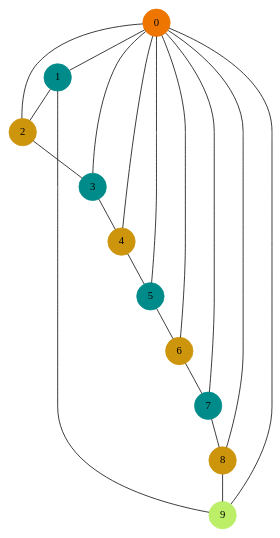
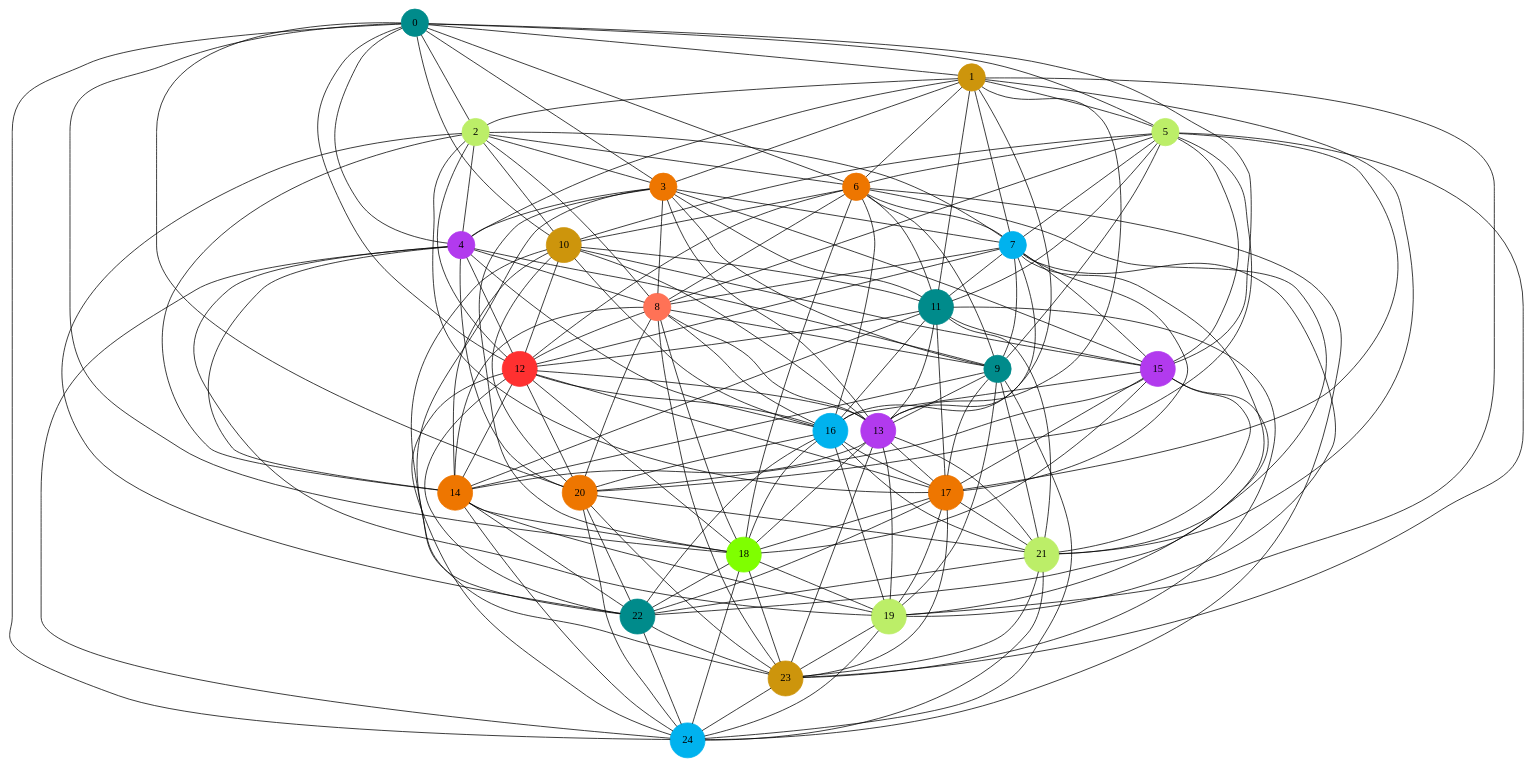
Before and after one commit to LeaChemoul/ColorationGraphesProjet: the diagram in graph/graph_wp_croiss.dot, drawn with Graphviz. The commit also changed 40 other files, not shown here.

```diff
--- a/graph/graph_wp_croiss.dot
+++ b/graph/graph_wp_croiss.dot
@@ -1,30 +1,187 @@
 graph G {
-0 [shape=circle, style=filled, color= darkorange2];
+0 [shape=circle, style=filled, color= cyan4];
+0 -- 6;
+0 -- 12;
+0 -- 18;
+0 -- 24;
 0 -- 1;
 0 -- 2;
 0 -- 3;
 0 -- 4;
 0 -- 5;
-0 -- 6;
-0 -- 7;
-0 -- 8;
-0 -- 9;
-1 [shape=circle, style=filled, color= cyan4];
+0 -- 10;
+0 -- 15;
+0 -- 20;
+1 [shape=circle, style=filled, color= darkgoldenrod3];
+1 -- 7;
+1 -- 13;
+1 -- 19;
+1 -- 5;
 1 -- 2;
-1 -- 9;
-2 [shape=circle, style=filled, color= darkgoldenrod3];
+1 -- 3;
+1 -- 4;
+1 -- 6;
+1 -- 11;
+1 -- 16;
+1 -- 21;
+2 [shape=circle, style=filled, color= darkolivegreen2];
+2 -- 8;
+2 -- 14;
+2 -- 6;
+2 -- 10;
 2 -- 3;
-3 [shape=circle, style=filled, color= cyan4];
+2 -- 4;
+2 -- 7;
+2 -- 12;
+2 -- 17;
+2 -- 22;
+3 [shape=circle, style=filled, color= darkorange2];
+3 -- 9;
+3 -- 7;
+3 -- 11;
+3 -- 15;
 3 -- 4;
-4 [shape=circle, style=filled, color= darkgoldenrod3];
-4 -- 5;
-5 [shape=circle, style=filled, color= cyan4];
+3 -- 8;
+3 -- 13;
+3 -- 18;
+3 -- 23;
+4 [shape=circle, style=filled, color= darkorchid2];
+4 -- 8;
+4 -- 12;
+4 -- 16;
+4 -- 20;
+4 -- 9;
+4 -- 14;
+4 -- 19;
+4 -- 24;
+5 [shape=circle, style=filled, color= darkolivegreen2];
+5 -- 11;
+5 -- 17;
+5 -- 23;
 5 -- 6;
-6 [shape=circle, style=filled, color= darkgoldenrod3];
+5 -- 7;
+5 -- 8;
+5 -- 9;
+5 -- 10;
+5 -- 15;
+5 -- 20;
+6 [shape=circle, style=filled, color= darkorange2];
+6 -- 12;
+6 -- 18;
+6 -- 24;
+6 -- 10;
 6 -- 7;
-7 [shape=circle, style=filled, color= cyan4];
+6 -- 8;
+6 -- 9;
+6 -- 11;
+6 -- 16;
+6 -- 21;
+7 [shape=circle, style=filled, color= deepskyblue2];
+7 -- 13;
+7 -- 19;
+7 -- 11;
+7 -- 15;
 7 -- 8;
-8 [shape=circle, style=filled, color= darkgoldenrod3];
+7 -- 9;
+7 -- 12;
+7 -- 17;
+7 -- 22;
+8 [shape=circle, style=filled, color= coral1];
+8 -- 14;
+8 -- 12;
+8 -- 16;
+8 -- 20;
 8 -- 9;
-9 [shape=circle, style=filled, color= darkolivegreen2];
+8 -- 13;
+8 -- 18;
+8 -- 23;
+9 [shape=circle, style=filled, color= cyan4];
+9 -- 13;
+9 -- 17;
+9 -- 21;
+9 -- 14;
+9 -- 19;
+9 -- 24;
+10 [shape=circle, style=filled, color= darkgoldenrod3];
+10 -- 16;
+10 -- 22;
+10 -- 11;
+10 -- 12;
+10 -- 13;
+10 -- 14;
+10 -- 15;
+10 -- 20;
+11 [shape=circle, style=filled, color= cyan4];
+11 -- 17;
+11 -- 23;
+11 -- 15;
+11 -- 12;
+11 -- 13;
+11 -- 14;
+11 -- 16;
+11 -- 21;
+12 [shape=circle, style=filled, color= firebrick1];
+12 -- 18;
+12 -- 24;
+12 -- 16;
+12 -- 20;
+12 -- 13;
+12 -- 14;
+12 -- 17;
+12 -- 22;
+13 [shape=circle, style=filled, color= darkorchid2];
+13 -- 19;
+13 -- 17;
+13 -- 21;
+13 -- 14;
+13 -- 18;
+13 -- 23;
+14 [shape=circle, style=filled, color= darkorange2];
+14 -- 18;
+14 -- 22;
+14 -- 19;
+14 -- 24;
+15 [shape=circle, style=filled, color= darkorchid2];
+15 -- 21;
+15 -- 16;
+15 -- 17;
+15 -- 18;
+15 -- 19;
+15 -- 20;
+16 [shape=circle, style=filled, color= deepskyblue2];
+16 -- 22;
+16 -- 20;
+16 -- 17;
+16 -- 18;
+16 -- 19;
+16 -- 21;
+17 [shape=circle, style=filled, color= darkorange2];
+17 -- 23;
+17 -- 21;
+17 -- 18;
+17 -- 19;
+17 -- 22;
+18 [shape=circle, style=filled, color= chartreuse1];
+18 -- 24;
+18 -- 22;
+18 -- 19;
+18 -- 23;
+19 [shape=circle, style=filled, color= darkolivegreen2];
+19 -- 23;
+19 -- 24;
+20 [shape=circle, style=filled, color= darkorange2];
+20 -- 21;
+20 -- 22;
+20 -- 23;
+20 -- 24;
+21 [shape=circle, style=filled, color= darkolivegreen2];
+21 -- 22;
+21 -- 23;
+21 -- 24;
+22 [shape=circle, style=filled, color= cyan4];
+22 -- 23;
+22 -- 24;
+23 [shape=circle, style=filled, color= darkgoldenrod3];
+23 -- 24;
+24 [shape=circle, style=filled, color= deepskyblue2];
 }
```
